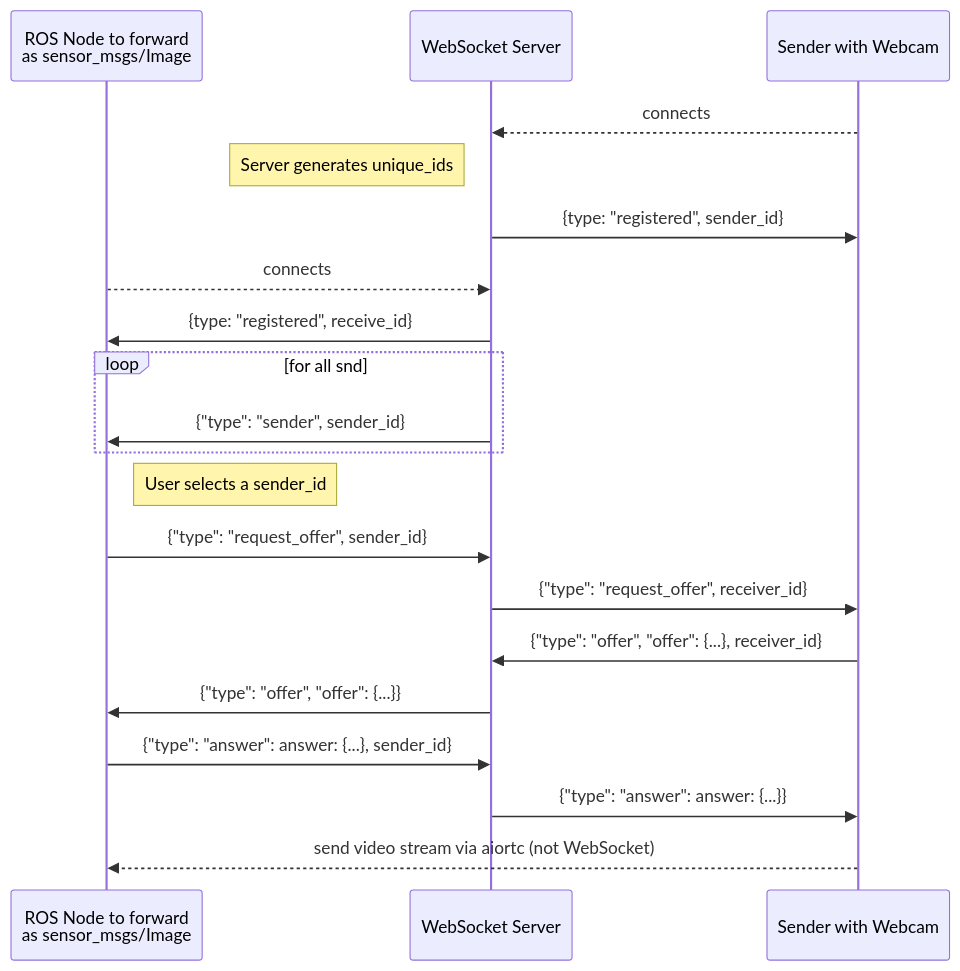
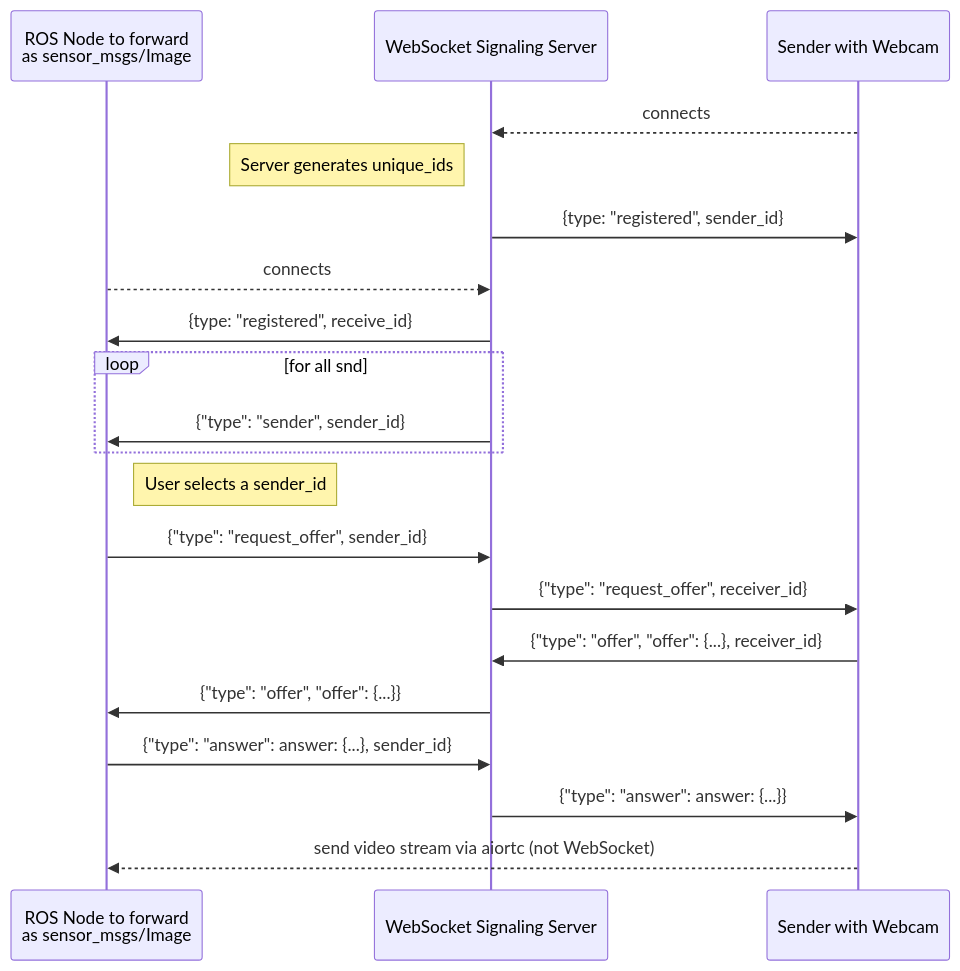
Before and after one commit to brean/webrtc_bridge: the diagram in docs/01_simple_direct.md, drawn with Mermaid.

Commit message:
Update 01_simple_direct.md - rename server

````diff
--- a/docs/01_simple_direct.md
+++ b/docs/01_simple_direct.md
@@ -38,22 +38,22 @@
 ```mermaid
 sequenceDiagram
     participant b as ROS Node to forward<br> as sensor_msgs/Image
-    participant srv as WebSocket Server
+    participant srv as WebSocket Signaling Server
     participant snd as Sender with Webcam
     snd-->>srv: connects
     Note left of srv: Server generates unique_ids
     srv->>snd: {type: "registered", sender_id}
     b-->>srv: connects
     srv->>b: {type: "registered", receive_id}
     loop for all snd
         srv->>b: {"type": "sender", sender_id}
     end
     Note right of b: User selects a sender_id
     b->>srv: {"type": "request_offer", sender_id}
     srv->>snd: {"type": "request_offer", receiver_id}
     snd->>srv: {"type": "offer", "offer": {...}, receiver_id}
     srv->>b: {"type": "offer", "offer": {...}}
     b->>srv: {"type": "answer": answer: {...}, sender_id}
     srv->>snd: {"type": "answer": answer: {...}}
     snd-->>b: send video stream via aiortc (not WebSocket)
 ```
````
